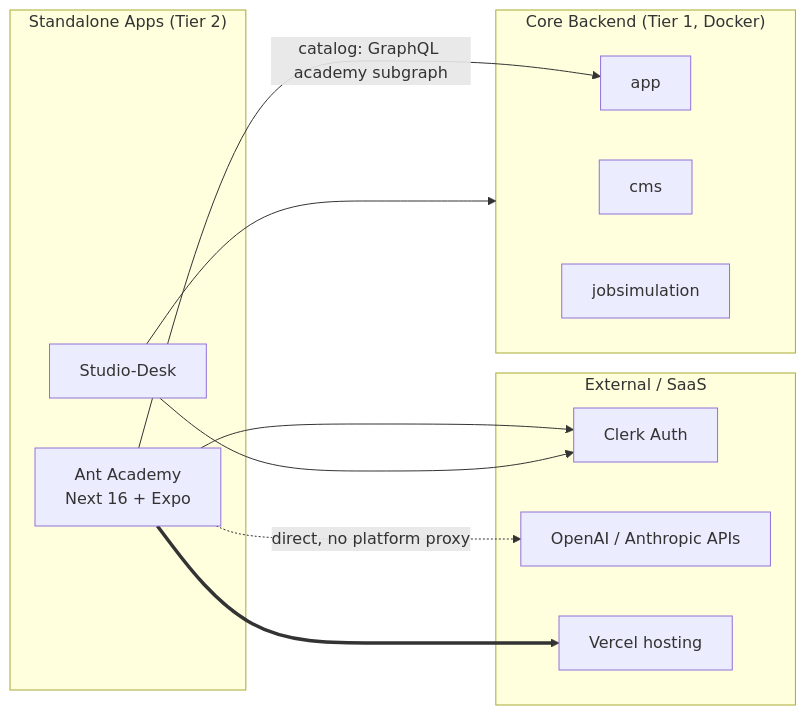
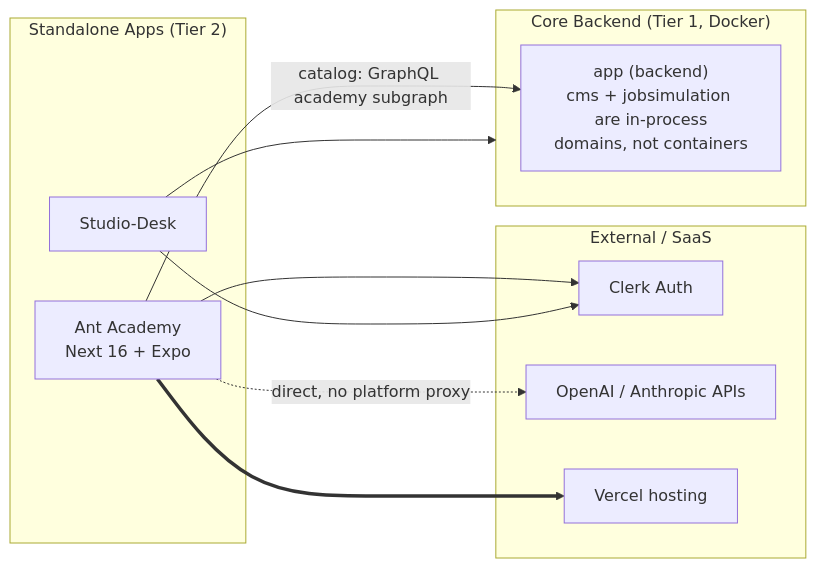
One commit to anthropos-work/rosetta changed the diagram in corpus/services/ant-academy.md. Above: the diagram before and after it, drawn with Mermaid. The commit also changed other lines of this file and 32 other files, not shown here.

````diff
--- a/corpus/services/ant-academy.md
+++ b/corpus/services/ant-academy.md
@@ -77,26 +77,24 @@
 ```mermaid
 graph LR
     subgraph External["External / SaaS"]
         Clerk[Clerk Auth]
         OpenAI[OpenAI / Anthropic APIs]
         Vercel[Vercel hosting]
     end
 
     subgraph Standalone["Standalone Apps (Tier 2)"]
         Academy[Ant Academy<br/>Next 16 + Expo]
         Desk[Studio-Desk]
     end
 
     subgraph Core["Core Backend (Tier 1, Docker)"]
-        App[app]
-        CMS[cms]
-        Jobsim[jobsimulation]
+        App["app (backend)<br/>cms + jobsimulation are in-process<br/>domains, not containers"]
     end
 
     Academy --> Clerk
     Academy -->|catalog: GraphQL academy subgraph| App
     Academy -.->|direct, no platform proxy| OpenAI
     Academy ==> Vercel
     Desk --> Clerk
     Desk --> Core
 ```
````
